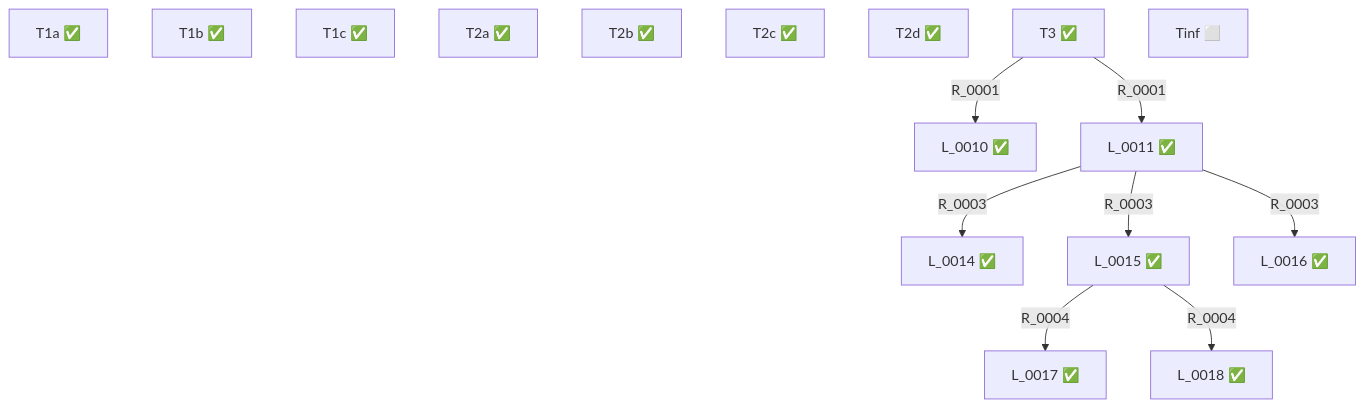
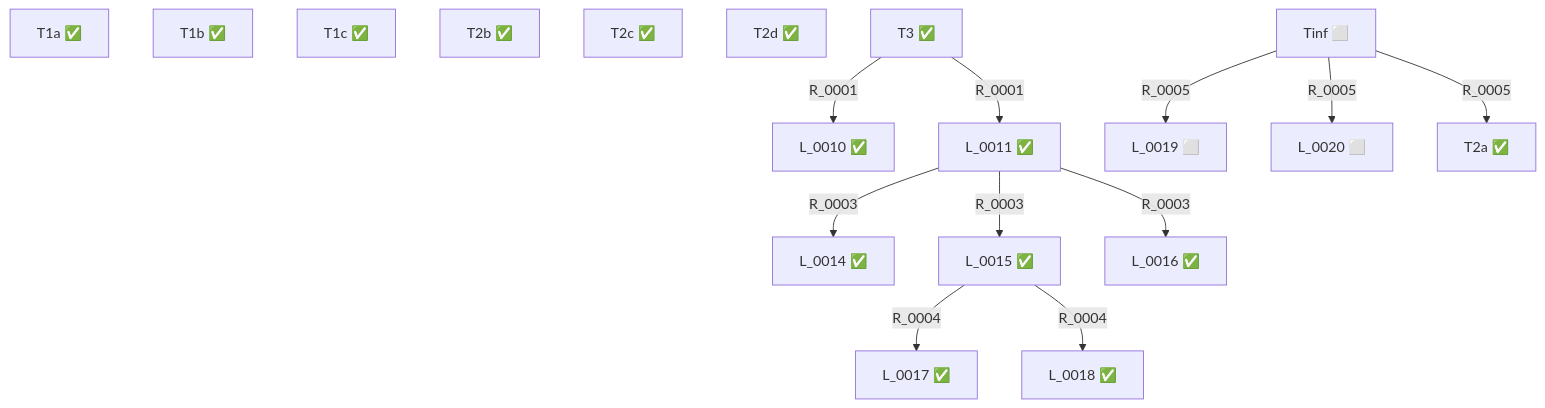
One commit to ruca-maths/nickel changed the diagram in STATUS.md. Above: the diagram before and after it, drawn with Mermaid. The commit also changed other lines of this file and 6 other files, not shown here.

Commit message:
architect-1: Proofs.R_0005 を受理

````diff
--- a/STATUS.md
+++ b/STATUS.md
@@ -34,26 +36,31 @@
 ```mermaid
 graph TD
   L_0001["T1a ✅"]
   L_0002["T1b ✅"]
   L_0003["T1c ✅"]
   L_0004["T2a ✅"]
   L_0005["T2b ✅"]
   L_0006["T2c ✅"]
   L_0007["T2d ✅"]
   L_0008["T3 ✅"]
   L_0009["Tinf ⬜"]
   L_0010["L_0010 ✅"]
   L_0011["L_0011 ✅"]
   L_0014["L_0014 ✅"]
   L_0015["L_0015 ✅"]
   L_0016["L_0016 ✅"]
   L_0017["L_0017 ✅"]
   L_0018["L_0018 ✅"]
+  L_0019["L_0019 ⬜"]
+  L_0020["L_0020 ⬜"]
   L_0008 -->|R_0001| L_0010
   L_0008 -->|R_0001| L_0011
   L_0011 -->|R_0003| L_0014
   L_0011 -->|R_0003| L_0015
   L_0011 -->|R_0003| L_0016
   L_0015 -->|R_0004| L_0017
   L_0015 -->|R_0004| L_0018
+  L_0009 -->|R_0005| L_0019
+  L_0009 -->|R_0005| L_0020
+  L_0009 -->|R_0005| L_0004
 ```
````
